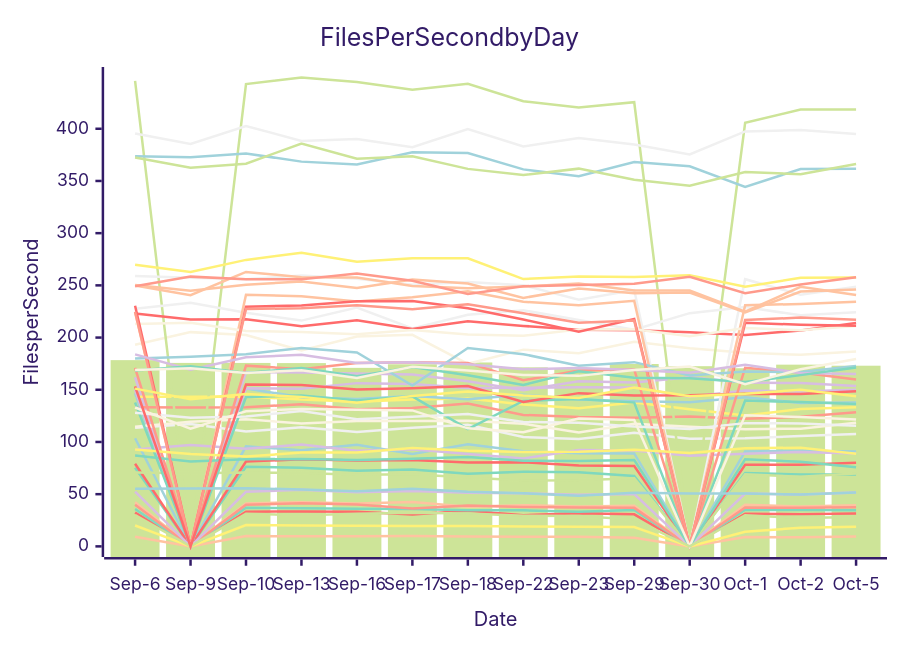
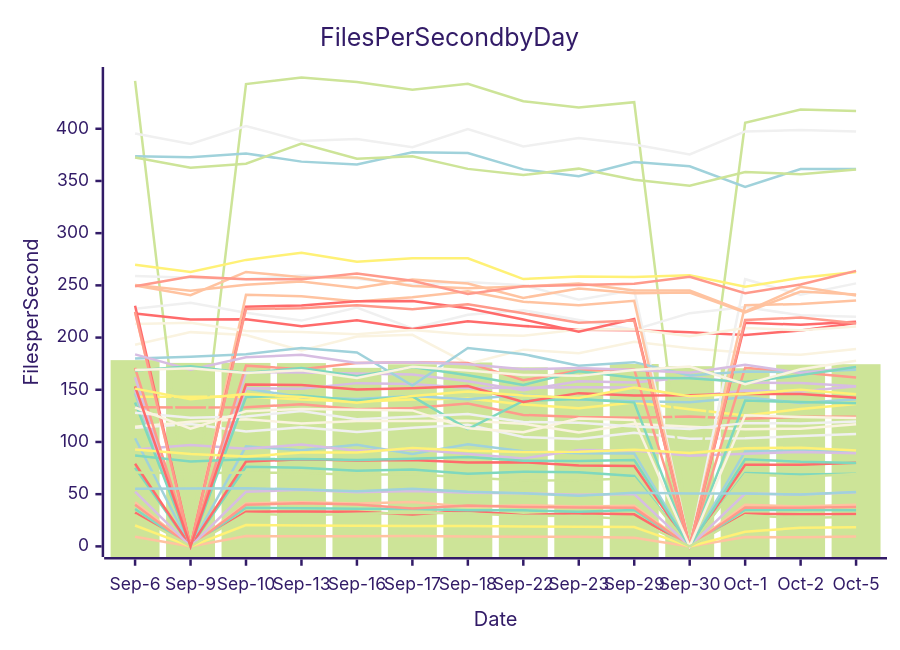
Before and after one commit to streetsidesoftware/cspell: the diagram in perf-report.md, drawn with Mermaid (forest theme). The commit also changed other lines of this file and 1 other file, not shown here.

````diff
--- a/perf-report.md
+++ b/perf-report.md
@@ -10,56 +10,56 @@
 ```mermaid
 xychart-beta
     title Files Per Second by Day
     y-axis Files per Second
     x-axis Date [Sep-6, Sep-9, Sep-10, Sep-13, Sep-16, Sep-17, Sep-18, Sep-22, Sep-23, Sep-29, Sep-30, Oct-1, Oct-2, Oct-5]
-    bar [178.38, 175.73, 175.70, 175.56, 170.99, 174.42, 176.15, 171.49, 170.60, 174.68, 172.58, 170.62, 174.06, 173.05]
-    line [32.39, 0.00, 33.27, 33.48, 33.18, 30.65, 34.02, 29.87, 31.63, 30.68, 0.00, 31.32, 30.89, 31.47]
-    line [103.61, 0.00, 95.82, 91.96, 97.25, 88.47, 97.89, 91.06, 89.08, 89.06, 0.00, 90.96, 91.55, 90.76]
-    line [162.00, 0.00, 166.81, 166.56, 165.69, 164.68, 158.25, 149.51, 158.09, 156.96, 161.98, 156.93, 156.41, 153.54]
-    line [113.59, 117.23, 110.00, 114.04, 109.51, 113.51, 116.46, 104.81, 102.79, 108.89, 103.13, 103.52, 105.79, 107.52]
-    line [42.33, 0.00, 41.15, 42.24, 41.01, 42.53, 38.05, 39.43, 38.14, 38.94, 0.00, 39.96, 38.12, 39.37]
-    line [75.33, 0.00, 76.18, 75.30, 72.34, 73.59, 69.54, 71.59, 70.97, 67.35, 0.00, 70.29, 68.90, 68.74]
-    line [133.16, 133.12, 133.37, 136.08, 131.30, 132.64, 136.81, 125.88, 123.97, 123.26, 124.35, 122.36, 124.05, 128.49]
-    line [193.18, 205.21, 202.42, 187.59, 200.94, 202.64, 174.86, 188.42, 184.98, 195.97, 189.74, 185.35, 183.52, 186.59]
-    line [143.33, 143.38, 143.55, 140.59, 138.57, 140.62, 141.72, 135.93, 132.42, 137.90, 131.39, 125.40, 131.62, 133.27]
-    line [445.82, 0.00, 442.79, 448.98, 444.77, 437.29, 443.15, 426.39, 420.42, 425.42, 0.00, 405.76, 418.50, 418.54]
-    line [79.19, 0.00, 81.30, 83.34, 82.19, 82.78, 80.29, 80.65, 77.47, 76.93, 0.00, 78.07, 78.18, 80.05]
-    line [146.70, 0.00, 151.25, 142.95, 141.14, 143.95, 140.92, 145.29, 140.59, 139.11, 138.01, 142.88, 137.23, 137.72]
-    line [149.88, 0.00, 151.49, 151.06, 156.36, 155.63, 151.63, 151.94, 152.50, 152.06, 143.32, 149.19, 148.32, 149.93]
-    line [227.50, 233.38, 223.69, 216.25, 228.77, 208.66, 221.89, 226.09, 216.90, 207.46, 223.39, 229.16, 221.30, 224.33]
-    line [9.30, 0.00, 9.85, 9.67, 9.68, 9.92, 9.37, 9.23, 9.26, 8.29, 0.00, 8.90, 8.75, 9.44]
-    line [35.85, 0.00, 37.06, 36.42, 35.98, 35.70, 34.54, 34.55, 33.11, 34.81, 0.00, 35.17, 34.81, 34.49]
-    line [39.85, 0.00, 39.94, 41.26, 40.08, 36.34, 39.18, 37.74, 37.18, 36.89, 0.00, 37.27, 36.89, 37.56]
-    line [114.54, 119.33, 121.78, 117.69, 120.09, 120.05, 120.31, 117.43, 109.01, 117.33, 114.51, 112.29, 112.71, 118.33]
-    line [19.98, 0.00, 20.38, 20.10, 19.75, 19.58, 19.44, 18.99, 18.71, 18.44, 0.00, 13.99, 17.93, 18.73]
-    line [70.80, 70.10, 70.83, 70.27, 68.51, 69.01, 65.91, 63.15, 63.41, 65.35, 0.00, 69.02, 66.69, 69.77]
-    line [223.08, 217.30, 217.60, 210.80, 216.66, 208.33, 215.69, 211.15, 207.60, 206.93, 205.06, 202.44, 206.85, 213.87]
-    line [373.63, 372.65, 376.36, 368.52, 365.71, 377.56, 376.77, 361.09, 354.59, 368.19, 364.07, 344.36, 361.41, 361.66]
-    line [92.85, 96.99, 93.46, 97.52, 91.70, 93.14, 88.50, 84.12, 92.41, 91.76, 86.84, 88.64, 90.41, 89.06]
-    line [258.89, 257.30, 255.86, 259.52, 256.30, 250.62, 253.31, 250.10, 236.21, 245.48, 0.00, 255.93, 241.02, 248.68]
-    line [224.39, 0.00, 241.04, 239.64, 234.60, 238.64, 244.36, 234.31, 230.98, 235.16, 0.00, 230.90, 232.18, 234.32]
-    line [137.86, 0.00, 143.10, 144.41, 139.70, 143.74, 112.39, 139.33, 141.10, 137.72, 0.00, 139.61, 138.23, 136.33]
-    line [171.06, 0.00, 173.10, 169.76, 175.73, 176.36, 175.75, 159.14, 168.41, 169.31, 0.00, 170.99, 166.63, 159.73]
-    line [213.00, 214.26, 206.28, 205.22, 203.09, 207.23, 202.88, 201.82, 207.79, 207.90, 201.29, 209.19, 206.95, 211.07]
-    line [269.85, 262.88, 274.40, 281.31, 272.54, 275.91, 275.97, 256.03, 258.54, 258.01, 259.58, 248.67, 257.34, 257.64]
-    line [372.46, 362.58, 366.57, 385.92, 371.23, 373.66, 361.57, 355.78, 361.81, 351.17, 345.43, 358.65, 356.52, 366.28]
-    line [230.54, 0.00, 229.61, 230.62, 234.72, 234.92, 228.04, 217.32, 205.66, 217.69, 0.00, 214.10, 212.26, 211.21]
-    line [179.93, 181.55, 184.12, 189.95, 185.74, 153.97, 189.99, 184.11, 172.95, 176.46, 163.78, 167.39, 166.94, 172.72]
-    line [52.52, 0.00, 52.32, 54.12, 51.77, 53.09, 51.40, 50.85, 49.44, 50.07, 0.00, 50.63, 49.63, 51.70]
-    line [127.89, 123.29, 124.49, 129.64, 121.66, 124.08, 126.72, 119.08, 118.45, 114.87, 112.49, 118.05, 117.81, 115.62]
-    line [249.77, 240.66, 262.89, 257.78, 257.49, 249.43, 247.25, 248.88, 251.75, 245.20, 245.06, 224.85, 248.59, 240.70]
-    line [87.14, 81.35, 83.34, 83.78, 82.79, 83.96, 85.57, 82.01, 81.81, 82.67, 0.00, 83.49, 80.99, 75.90]
-    line [224.81, 0.00, 227.34, 228.09, 230.87, 227.16, 231.88, 223.22, 214.31, 216.24, 0.00, 216.91, 219.11, 217.12]
-    line [133.03, 112.77, 129.44, 131.63, 130.97, 130.22, 113.06, 109.25, 122.56, 121.09, 0.00, 125.59, 123.97, 121.50]
-    line [92.88, 88.59, 86.05, 89.85, 89.86, 94.27, 91.54, 90.45, 90.71, 92.55, 89.39, 93.96, 94.53, 88.69]
-    line [30.04, 0.00, 31.22, 29.93, 31.17, 32.23, 31.60, 29.23, 29.18, 25.62, 0.00, 29.72, 27.11, 28.02]
-    line [153.19, 0.00, 155.03, 154.46, 150.27, 151.44, 153.53, 138.23, 146.78, 144.54, 144.66, 146.29, 145.95, 148.55]
-    line [55.22, 55.40, 55.63, 54.54, 52.86, 55.21, 52.35, 50.94, 48.45, 51.30, 50.59, 50.58, 49.72, 51.63]
-    line [183.91, 169.15, 181.18, 183.51, 175.60, 176.44, 174.39, 169.65, 170.91, 168.95, 166.28, 173.86, 166.13, 165.18]
-    line [395.48, 385.49, 402.68, 388.38, 390.24, 382.26, 399.81, 383.04, 391.20, 384.82, 375.34, 397.41, 398.74, 395.08]
-    line [250.38, 244.75, 250.69, 253.77, 247.48, 255.65, 251.83, 237.98, 246.89, 242.54, 243.09, 224.03, 244.08, 245.97]
-    line [168.54, 172.61, 166.17, 170.88, 163.08, 171.82, 163.97, 154.58, 167.67, 161.60, 161.14, 157.44, 164.03, 171.28]
-    line [249.11, 258.37, 255.88, 255.75, 261.30, 254.48, 241.79, 249.14, 250.28, 251.57, 258.18, 242.58, 250.83, 257.84]
-    line [168.98, 170.63, 166.15, 168.68, 161.23, 172.09, 168.48, 164.20, 163.31, 169.03, 172.29, 155.24, 169.60, 179.42]
-    line [151.08, 140.90, 145.94, 143.19, 137.67, 143.95, 148.30, 144.49, 142.14, 152.04, 143.84, 146.29, 149.93, 143.84]
+    bar [178.38, 175.73, 175.70, 175.56, 170.99, 174.42, 176.15, 171.49, 170.60, 174.68, 172.58, 170.62, 174.06, 174.48]
+    line [32.39, 0.00, 33.27, 33.48, 33.18, 30.65, 34.02, 29.87, 31.63, 30.68, 0.00, 31.32, 30.89, 31.02]
+    line [103.61, 0.00, 95.82, 91.96, 97.25, 88.47, 97.89, 91.06, 89.08, 89.06, 0.00, 90.96, 91.55, 90.80]
+    line [162.00, 0.00, 166.81, 166.56, 165.69, 164.68, 158.25, 149.51, 158.09, 156.96, 161.98, 156.93, 156.41, 153.42]
+    line [113.59, 117.23, 110.00, 114.04, 109.51, 113.51, 116.46, 104.81, 102.79, 108.89, 103.13, 103.52, 105.79, 107.59]
+    line [42.33, 0.00, 41.15, 42.24, 41.01, 42.53, 38.05, 39.43, 38.14, 38.94, 0.00, 39.96, 38.12, 39.88]
+    line [75.33, 0.00, 76.18, 75.30, 72.34, 73.59, 69.54, 71.59, 70.97, 67.35, 0.00, 70.29, 68.90, 69.52]
+    line [133.16, 133.12, 133.37, 136.08, 131.30, 132.64, 136.81, 125.88, 123.97, 123.26, 124.35, 122.36, 124.05, 124.16]
+    line [193.18, 205.21, 202.42, 187.59, 200.94, 202.64, 174.86, 188.42, 184.98, 195.97, 189.74, 185.35, 183.52, 189.11]
+    line [143.33, 143.38, 143.55, 140.59, 138.57, 140.62, 141.72, 135.93, 132.42, 137.90, 131.39, 125.40, 131.62, 136.38]
+    line [445.82, 0.00, 442.79, 448.98, 444.77, 437.29, 443.15, 426.39, 420.42, 425.42, 0.00, 405.76, 418.50, 416.96]
+    line [79.19, 0.00, 81.30, 83.34, 82.19, 82.78, 80.29, 80.65, 77.47, 76.93, 0.00, 78.07, 78.18, 79.98]
+    line [146.70, 0.00, 151.25, 142.95, 141.14, 143.95, 140.92, 145.29, 140.59, 139.11, 138.01, 142.88, 137.23, 140.86]
+    line [149.88, 0.00, 151.49, 151.06, 156.36, 155.63, 151.63, 151.94, 152.50, 152.06, 143.32, 149.19, 148.32, 153.34]
+    line [227.50, 233.38, 223.69, 216.25, 228.77, 208.66, 221.89, 226.09, 216.90, 207.46, 223.39, 229.16, 221.30, 219.85]
+    line [9.30, 0.00, 9.85, 9.67, 9.68, 9.92, 9.37, 9.23, 9.26, 8.29, 0.00, 8.90, 8.75, 9.51]
+    line [35.85, 0.00, 37.06, 36.42, 35.98, 35.70, 34.54, 34.55, 33.11, 34.81, 0.00, 35.17, 34.81, 34.60]
+    line [39.85, 0.00, 39.94, 41.26, 40.08, 36.34, 39.18, 37.74, 37.18, 36.89, 0.00, 37.27, 36.89, 37.61]
+    line [114.54, 119.33, 121.78, 117.69, 120.09, 120.05, 120.31, 117.43, 109.01, 117.33, 114.51, 112.29, 112.71, 116.87]
+    line [19.98, 0.00, 20.38, 20.10, 19.75, 19.58, 19.44, 18.99, 18.71, 18.44, 0.00, 13.99, 17.93, 18.39]
+    line [70.80, 70.10, 70.83, 70.27, 68.51, 69.01, 65.91, 63.15, 63.41, 65.35, 0.00, 69.02, 66.69, 69.35]
+    line [223.08, 217.30, 217.60, 210.80, 216.66, 208.33, 215.69, 211.15, 207.60, 206.93, 205.06, 202.44, 206.85, 213.92]
+    line [373.63, 372.65, 376.36, 368.52, 365.71, 377.56, 376.77, 361.09, 354.59, 368.19, 364.07, 344.36, 361.41, 361.37]
+    line [92.85, 96.99, 93.46, 97.52, 91.70, 93.14, 88.50, 84.12, 92.41, 91.76, 86.84, 88.64, 90.41, 89.19]
+    line [258.89, 257.30, 255.86, 259.52, 256.30, 250.62, 253.31, 250.10, 236.21, 245.48, 0.00, 255.93, 241.02, 251.90]
+    line [224.39, 0.00, 241.04, 239.64, 234.60, 238.64, 244.36, 234.31, 230.98, 235.16, 0.00, 230.90, 232.18, 235.42]
+    line [137.86, 0.00, 143.10, 144.41, 139.70, 143.74, 112.39, 139.33, 141.10, 137.72, 0.00, 139.61, 138.23, 137.05]
+    line [171.06, 0.00, 173.10, 169.76, 175.73, 176.36, 175.75, 159.14, 168.41, 169.31, 0.00, 170.99, 166.63, 161.83]
+    line [213.00, 214.26, 206.28, 205.22, 203.09, 207.23, 202.88, 201.82, 207.79, 207.90, 201.29, 209.19, 206.95, 210.63]
+    line [269.85, 262.88, 274.40, 281.31, 272.54, 275.91, 275.97, 256.03, 258.54, 258.01, 259.58, 248.67, 257.34, 262.71]
+    line [372.46, 362.58, 366.57, 385.92, 371.23, 373.66, 361.57, 355.78, 361.81, 351.17, 345.43, 358.65, 356.52, 360.93]
+    line [230.54, 0.00, 229.61, 230.62, 234.72, 234.92, 228.04, 217.32, 205.66, 217.69, 0.00, 214.10, 212.26, 215.16]
+    line [179.93, 181.55, 184.12, 189.95, 185.74, 153.97, 189.99, 184.11, 172.95, 176.46, 163.78, 167.39, 166.94, 169.14]
+    line [52.52, 0.00, 52.32, 54.12, 51.77, 53.09, 51.40, 50.85, 49.44, 50.07, 0.00, 50.63, 49.63, 51.90]
+    line [127.89, 123.29, 124.49, 129.64, 121.66, 124.08, 126.72, 119.08, 118.45, 114.87, 112.49, 118.05, 117.81, 119.67]
+    line [249.77, 240.66, 262.89, 257.78, 257.49, 249.43, 247.25, 248.88, 251.75, 245.20, 245.06, 224.85, 248.59, 240.33]
+    line [87.14, 81.35, 83.34, 83.78, 82.79, 83.96, 85.57, 82.01, 81.81, 82.67, 0.00, 83.49, 80.99, 79.77]
+    line [224.81, 0.00, 227.34, 228.09, 230.87, 227.16, 231.88, 223.22, 214.31, 216.24, 0.00, 216.91, 219.11, 213.62]
+    line [133.03, 112.77, 129.44, 131.63, 130.97, 130.22, 113.06, 109.25, 122.56, 121.09, 0.00, 125.59, 123.97, 122.93]
+    line [92.88, 88.59, 86.05, 89.85, 89.86, 94.27, 91.54, 90.45, 90.71, 92.55, 89.39, 93.96, 94.53, 91.81]
+    line [30.04, 0.00, 31.22, 29.93, 31.17, 32.23, 31.60, 29.23, 29.18, 25.62, 0.00, 29.72, 27.11, 28.47]
+    line [153.19, 0.00, 155.03, 154.46, 150.27, 151.44, 153.53, 138.23, 146.78, 144.54, 144.66, 146.29, 145.95, 142.36]
+    line [55.22, 55.40, 55.63, 54.54, 52.86, 55.21, 52.35, 50.94, 48.45, 51.30, 50.59, 50.58, 49.72, 52.10]
+    line [183.91, 169.15, 181.18, 183.51, 175.60, 176.44, 174.39, 169.65, 170.91, 168.95, 166.28, 173.86, 166.13, 171.63]
+    line [395.48, 385.49, 402.68, 388.38, 390.24, 382.26, 399.81, 383.04, 391.20, 384.82, 375.34, 397.41, 398.74, 397.26]
+    line [250.38, 244.75, 250.69, 253.77, 247.48, 255.65, 251.83, 237.98, 246.89, 242.54, 243.09, 224.03, 244.08, 241.32]
+    line [168.54, 172.61, 166.17, 170.88, 163.08, 171.82, 163.97, 154.58, 167.67, 161.60, 161.14, 157.44, 164.03, 171.87]
+    line [249.11, 258.37, 255.88, 255.75, 261.30, 254.48, 241.79, 249.14, 250.28, 251.57, 258.18, 242.58, 250.83, 263.87]
+    line [168.98, 170.63, 166.15, 168.68, 161.23, 172.09, 168.48, 164.20, 163.31, 169.03, 172.29, 155.24, 169.60, 177.78]
+    line [151.08, 140.90, 145.94, 143.19, 137.67, 143.95, 148.30, 144.49, 142.14, 152.04, 143.84, 146.29, 149.93, 145.80]
 ```
````
